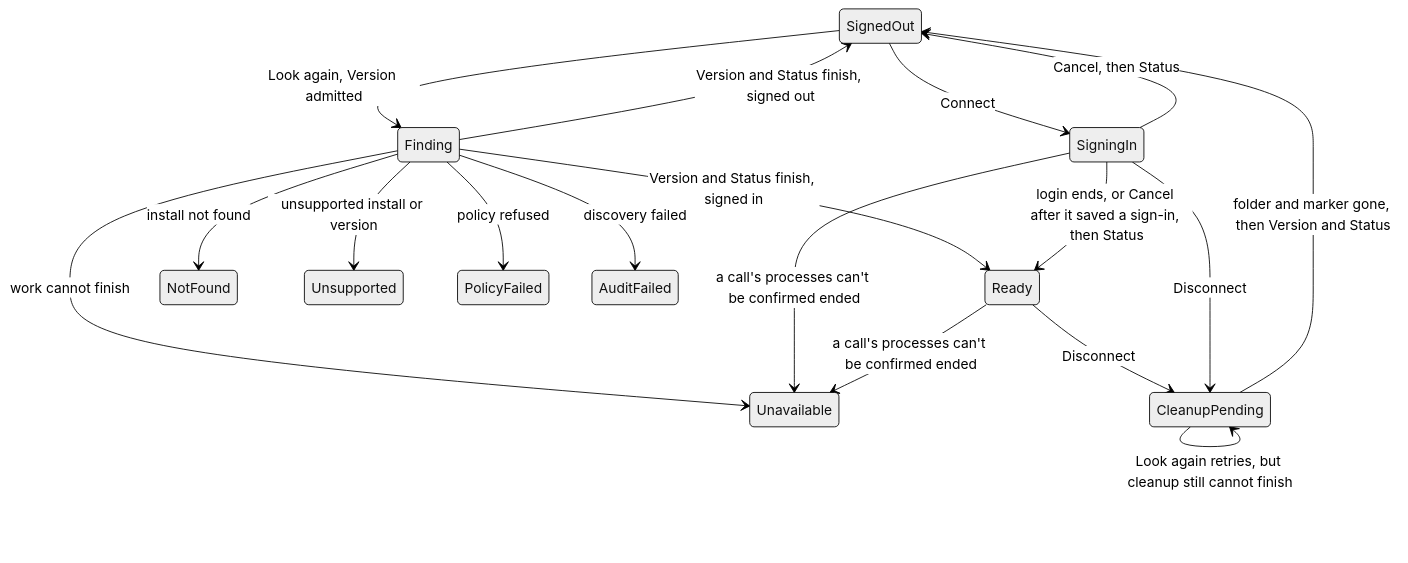
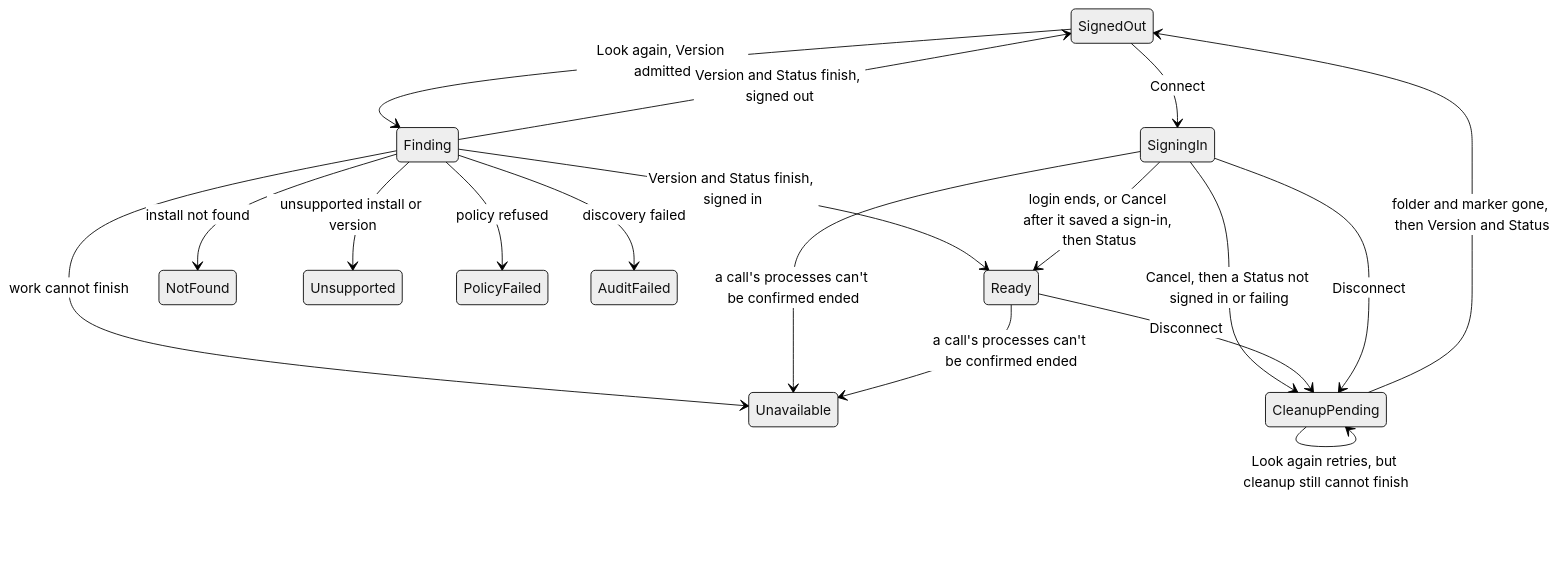
Before and after one commit to labcoder/capsula: the third of 6 diagrams in docs/development/claude-code.md, drawn with Mermaid (neutral theme). The commit also changed other lines of this file and 2 other files, not shown here.

Commit message:
fix(brain): remove claude code's folder when a cancelled sign-in ends signed out

````diff
--- a/docs/development/claude-code.md
+++ b/docs/development/claude-code.md
@@ -217,20 +217,20 @@
 ```mermaid
 stateDiagram-v2
     SignedOut --> Finding: Look again, Version admitted
     Finding --> SignedOut: Version and Status finish, signed out
     Finding --> Ready: Version and Status finish, signed in
     Finding --> NotFound: install not found
     Finding --> Unsupported: unsupported install or version
     Finding --> PolicyFailed: policy refused
     Finding --> AuditFailed: discovery failed
     Finding --> Unavailable: work cannot finish
     SignedOut --> SigningIn: Connect
-    SigningIn --> SignedOut: Cancel, then Status
+    SigningIn --> CleanupPending: Cancel, then a Status not signed in or failing
     SigningIn --> Ready: login ends, or Cancel after it saved a sign-in, then Status
     Ready --> CleanupPending: Disconnect
     SigningIn --> CleanupPending: Disconnect
     CleanupPending --> SignedOut: folder and marker gone, then Version and Status
     CleanupPending --> CleanupPending: Look again retries, but cleanup still cannot finish
     SigningIn --> Unavailable: a call's processes can't be confirmed ended
     Ready --> Unavailable: a call's processes can't be confirmed ended
 ```
````
